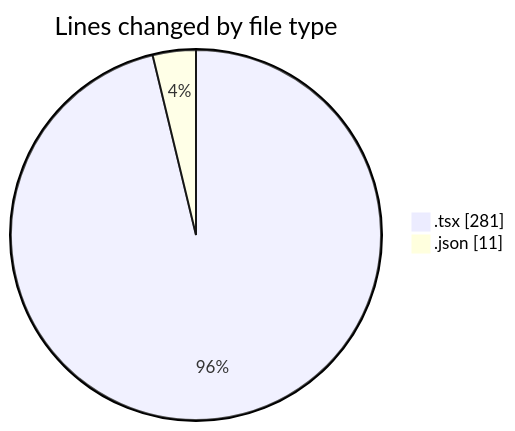
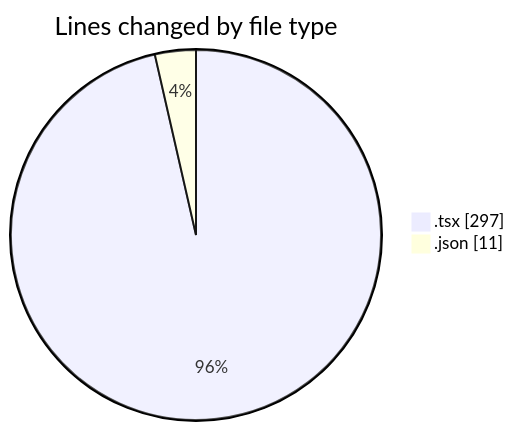
Before and after one commit to Elitesun/code-tracking: the first of 2 diagrams in 2025-05-05/niten/README.md, drawn with Mermaid. The commit also changed other lines of this file and 1 other file, not shown here.

````diff
--- a/2025-05-05/niten/README.md
+++ b/2025-05-05/niten/README.md
@@ -25,6 +26,6 @@
 ```mermaid
 pie showData
 title Lines changed by file type
-".tsx" : 281
+".tsx" : 297
 ".json" : 11
 ```
````
